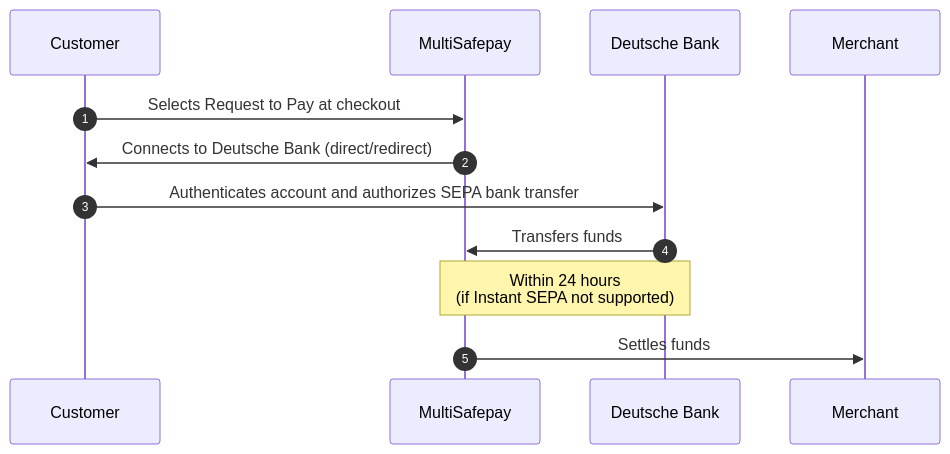
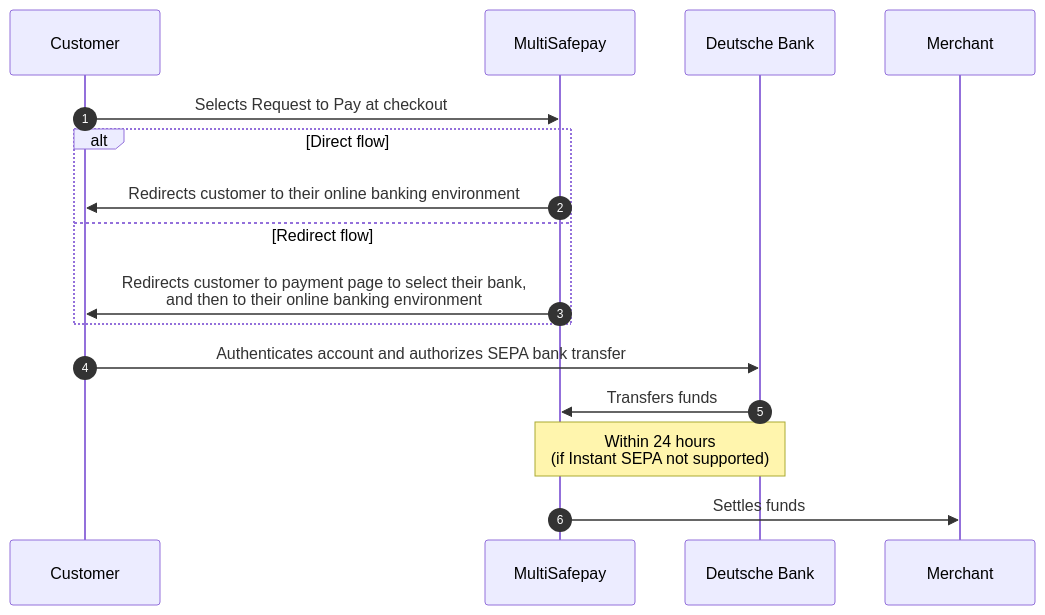
Before and after one commit to MultiSafepay/docs: the diagram in content/payments/methods/banks/request-to-pay/payment-flow.md, drawn with Mermaid. The commit also changed other lines of this file and 20 other files, not shown here.

```diff
--- a/content/payments/methods/banks/request-to-pay/payment-flow.md
+++ b/content/payments/methods/banks/request-to-pay/payment-flow.md
@@ -17,17 +17,21 @@
 {{< mermaid class="text-center" >}}
 
 sequenceDiagram
     autonumber
     participant C as Customer
     participant Mu as MultiSafepay
     participant D as Deutsche Bank
     participant Me as Merchant
 
     C->>Mu: Selects Request to Pay at checkout
-    Mu->>C: Connects to Deutsche Bank (direct/redirect)
+    alt Direct flow
+    Mu->>C: Redirects customer to their online banking environment
+    else Redirect flow
+    Mu->>C: Redirects customer to payment page to select their bank, <br> and then to their online banking environment
+    end
     C->>D: Authenticates account and authorizes SEPA bank transfer
     D->>Mu: Transfers funds 
     Note over D,Mu: Within 24 hours <br> (if Instant SEPA not supported)
     Mu->>Me: Settles funds
     
 {{< /mermaid >}}
```
